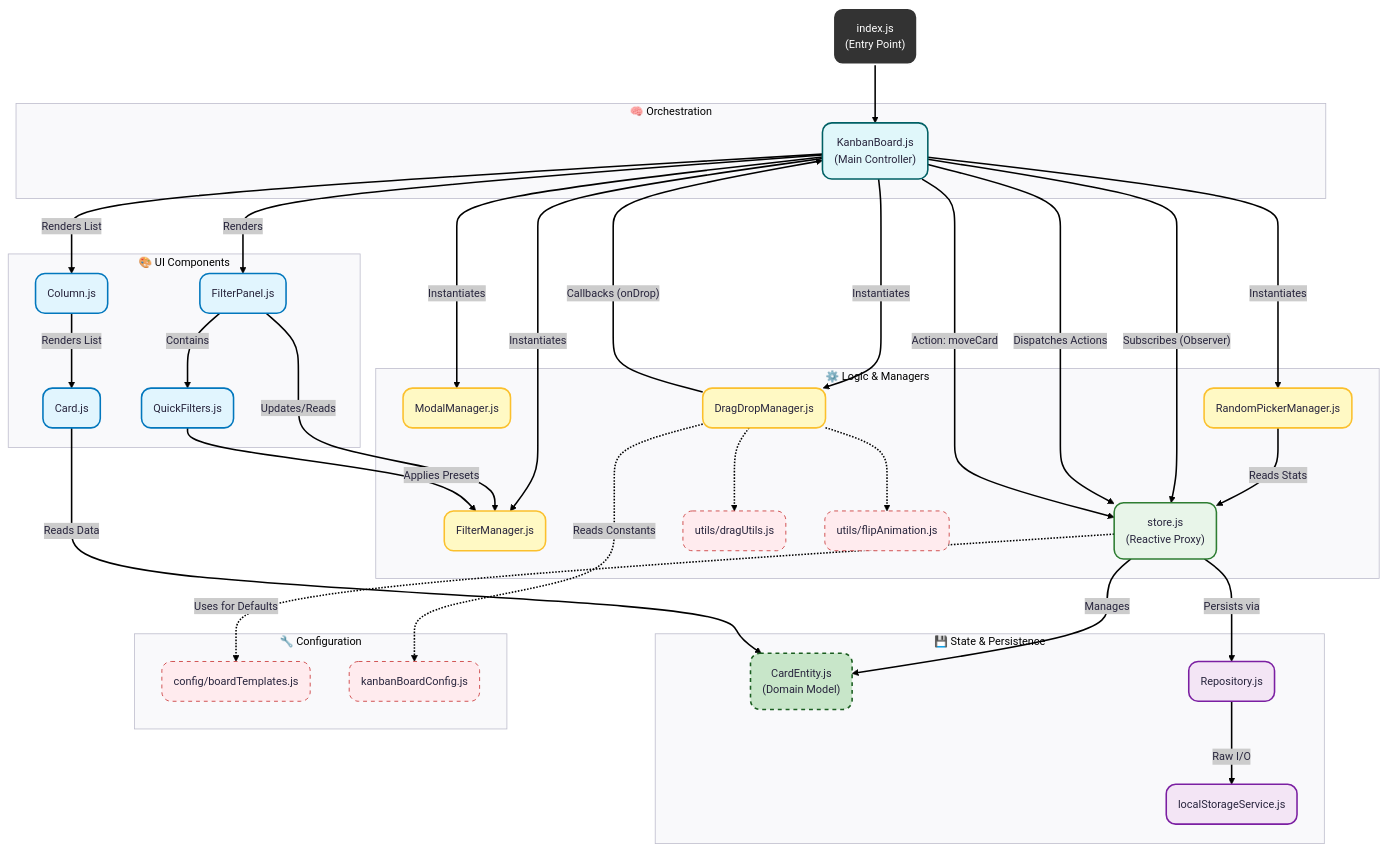
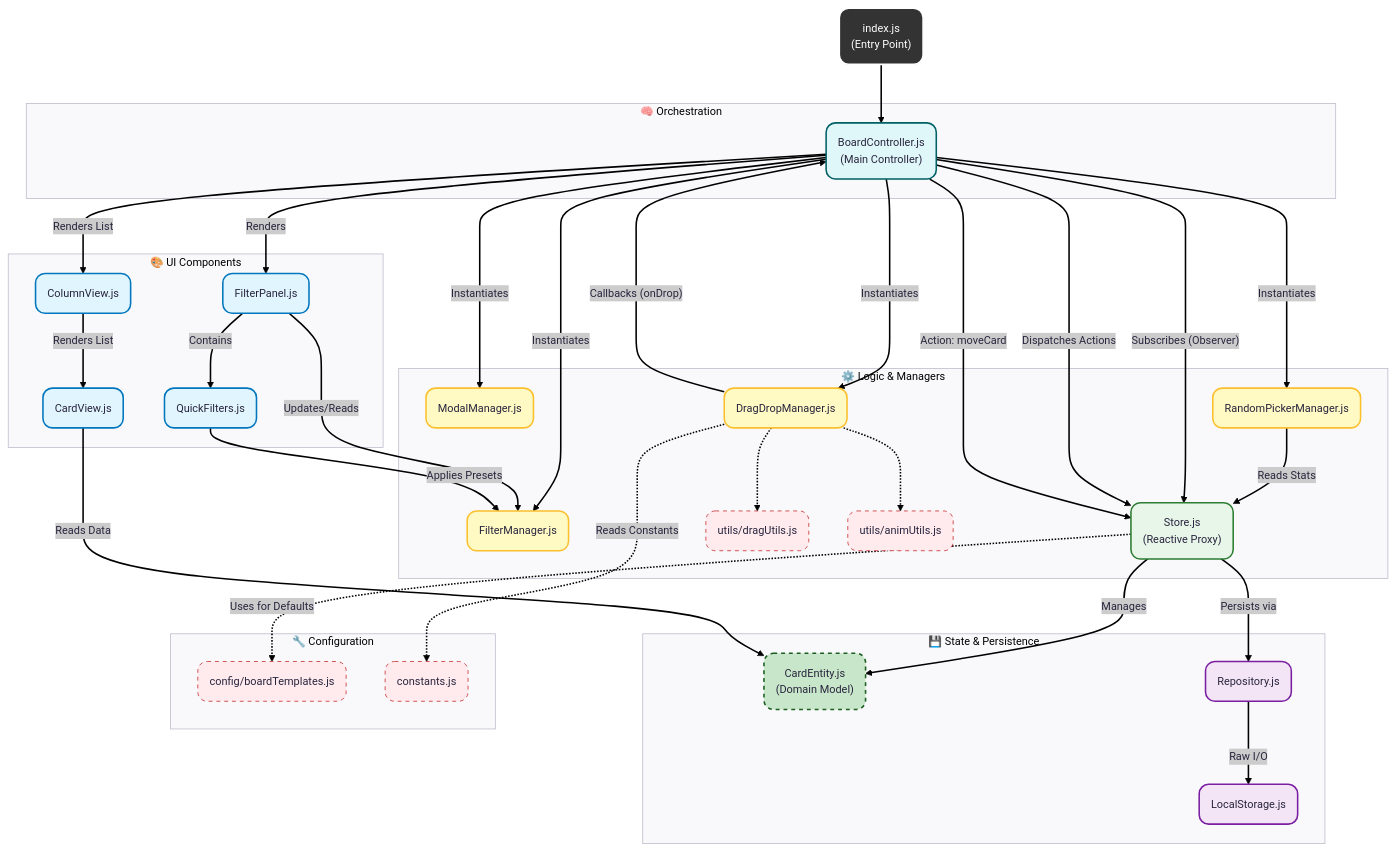
Before and after one commit to tousifhabib/SimpleKanban: the diagram in documentation/structure.mmd, drawn with Mermaid. The commit also changed 41 other files, not shown here.

```diff
--- a/documentation/structure.mmd
+++ b/documentation/structure.mmd
@@ -1,81 +1,81 @@
 ---
 config:
   look: classic
   theme: redux
   layout: dagre
 ---
 flowchart TB
  subgraph Orchestration["🧠 Orchestration"]
-        KB("KanbanBoard.js<br>(Main Controller)")
+        KB("BoardController.js<br>(Main Controller)")
   end
  subgraph ViewLayer["🎨 UI Components"]
         FP("FilterPanel.js")
         QF("QuickFilters.js")
-        Col("Column.js")
-        Card("Card.js")
+        Col("ColumnView.js")
+        CardView("CardView.js")
   end
  subgraph LogicLayer["⚙️ Logic & Managers"]
         MM("ModalManager.js")
         FM("FilterManager.js")
         RPM("RandomPickerManager.js")
         DDM("DragDropManager.js")
-        Store("store.js<br>(Reactive Proxy)")
+        Store("Store.js<br>(Reactive Proxy)")
         DragUtils("utils/dragUtils.js")
-        FlipAnim("utils/flipAnimation.js")
+        FlipAnim("utils/animUtils.js")
   end
  subgraph DataLayer["💾 State & Persistence"]
         Entity("CardEntity.js<br>(Domain Model)")
         Repo("Repository.js")
-        LS("localStorageService.js")
+        LS("LocalStorage.js")
   end
  subgraph Configs["🔧 Configuration"]
         Templates("config/boardTemplates.js")
-        KBConfig("kanbanBoardConfig.js")
+        KBConfig("constants.js")
   end
     Index("index.js<br>(Entry Point)") --> KB
     KB -- Renders --> FP
     FP -- Contains --> QF
     KB -- Renders List --> Col
-    Col -- Renders List --> Card
+    Col -- Renders List --> CardView
     KB -- Instantiates --> MM & FM & RPM & DDM
     FP -- Updates/Reads --> FM
     QF -- Applies Presets --> FM
     RPM -- Reads Stats --> Store
     DDM -.-> DragUtils & FlipAnim
     KB -- Subscribes (Observer) --> Store
     KB -- Dispatches Actions --> Store
     Store -- Manages --> Entity
     Store -- Persists via --> Repo
     Repo -- Raw I/O --> LS
-    Card -- Reads Data --> Entity
+    CardView -- Reads Data --> Entity
     Store -. Uses for Defaults .-> Templates
     DDM -. Reads Constants .-> KBConfig
     DDM -- Callbacks (onDrop) --> KB
     KB -- Action: moveCard --> Store
 
      KB:::controller
      FP:::view
      QF:::view
      Col:::view
-     Card:::view
+     CardView:::view
      MM:::manager
      FM:::manager
      RPM:::manager
      DDM:::manager
      Store:::state
      DragUtils:::config
      FlipAnim:::config
      Entity:::model
      Repo:::infra
      LS:::infra
      Templates:::config
      KBConfig:::config
      Index:::entry
     classDef entry fill:#333,stroke:#fff,stroke-width:2px,color:#fff
     classDef view fill:#e1f5fe,stroke:#0277bd,stroke-width:2px
     classDef controller fill:#e0f7fa,stroke:#006064,stroke-width:2px
     classDef manager fill:#fff9c4,stroke:#fbc02d,stroke-width:2px
     classDef state fill:#e8f5e9,stroke:#2e7d32,stroke-width:2px
     classDef model fill:#c8e6c9,stroke:#1b5e20,stroke-width:2px,stroke-dasharray: 5 5
     classDef infra fill:#f3e5f5,stroke:#7b1fa2,stroke-width:2px
     classDef config fill:#ffebee,stroke:#c62828,stroke-width:1px,stroke-dasharray: 5 5
```
